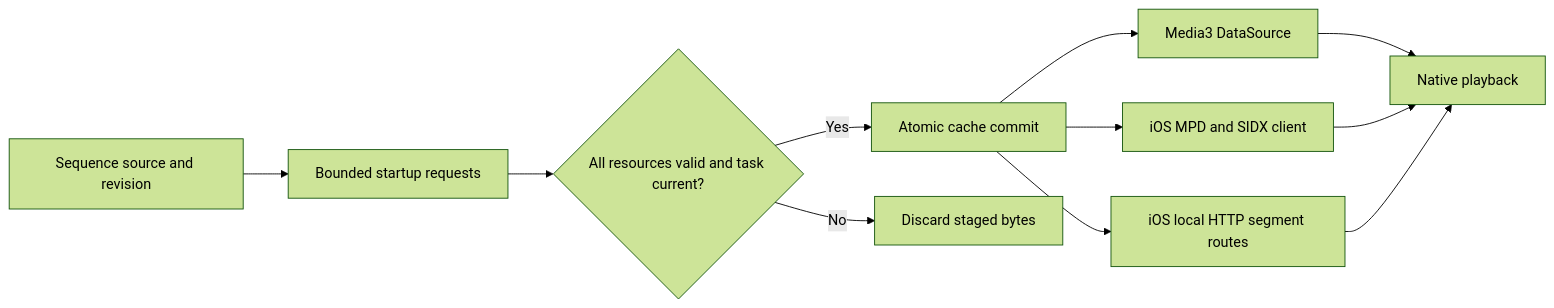
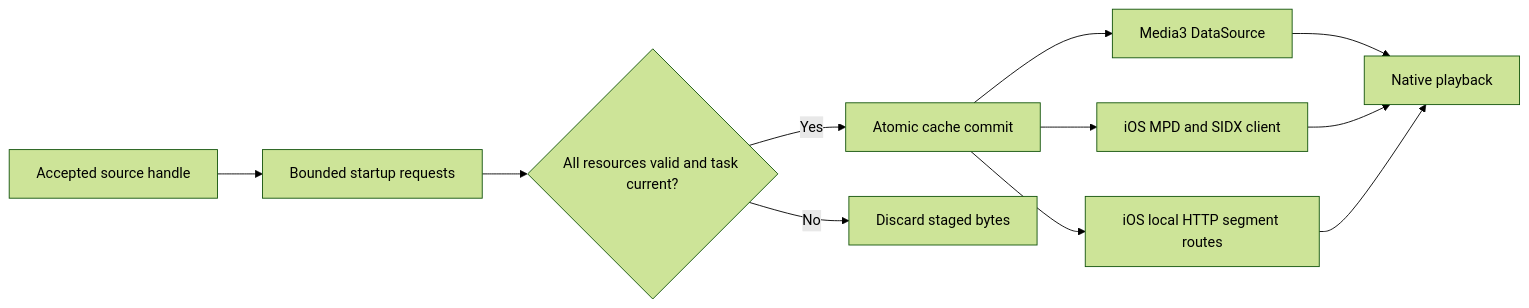
One commit to umbrella22/Vesper changed the diagram in lib/doc/dash-startup-cache.md. Above: the diagram before and after it, drawn with Mermaid (forest theme). The commit also changed other lines of this file and 127 other files, not shown here.

````diff
--- a/lib/doc/dash-startup-cache.md
+++ b/lib/doc/dash-startup-cache.md
@@ -31,13 +34,13 @@
 ```mermaid
 flowchart LR
-    A[Sequence source and revision] --> B[Bounded startup requests]
+    A[Accepted source handle] --> B[Bounded startup requests]
     B --> C{All resources valid and task current?}
     C -->|Yes| D[Atomic cache commit]
     C -->|No| E[Discard staged bytes]
     D --> F[Media3 DataSource]
     D --> G[iOS MPD and SIDX client]
     D --> H[iOS local HTTP segment routes]
     F --> I[Native playback]
     G --> I
     H --> I
 ```
````
